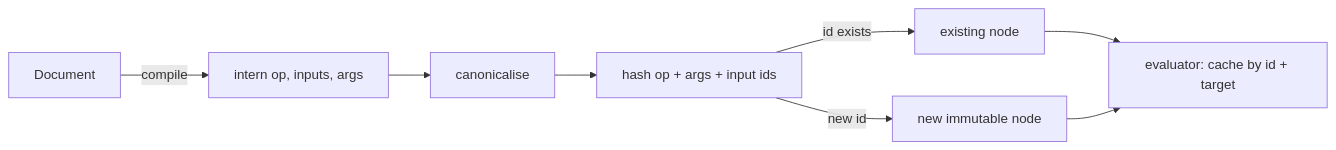
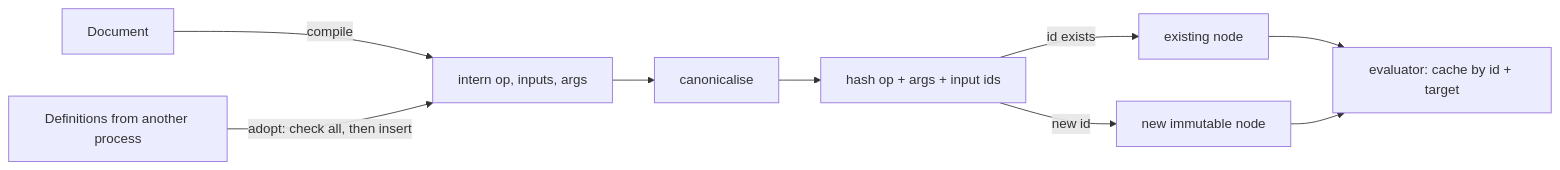
One commit to wesen/chromobench changed the diagram in docs/patterns/01-interned-operation-graph.md. Above: the diagram before and after it, drawn with Mermaid. The commit also changed other lines of this file and 5 other files, not shown here.

````diff
--- a/docs/patterns/01-interned-operation-graph.md
+++ b/docs/patterns/01-interned-operation-graph.md
@@ -99,10 +98,11 @@
 ```mermaid
 flowchart LR
   D[Document] -->|compile| I[intern op, inputs, args]
+  X[Definitions from another process] -->|adopt: check all, then insert| I
   I --> C[canonicalise]
   C --> H[hash op + args + input ids]
   H -->|id exists| N[existing node]
   H -->|new id| M[new immutable node]
   N --> E[evaluator: cache by id + target]
   M --> E
 ```
````
